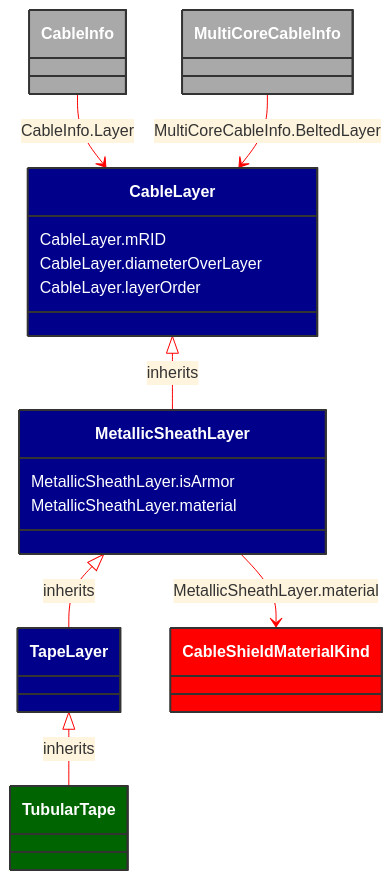
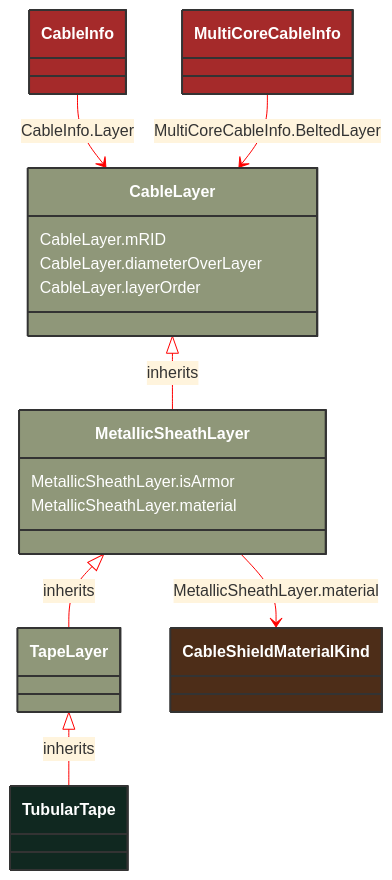
The diagram in docs/Models/Profiles/SubseaCableInfo/ConcreteClasses/TubularTape.md (3lbits/NoCIMExtensions), drawn with Mermaid before and after one commit. The commit also changed 190 other files, not shown here.

````diff
--- a/docs/Models/Profiles/SubseaCableInfo/ConcreteClasses/TubularTape.md
+++ b/docs/Models/Profiles/SubseaCableInfo/ConcreteClasses/TubularTape.md
@@ -8,48 +8,44 @@
 ```mermaid
 %%{init: {'theme':'base','themeVariables': {'lineColor': '#FF0000'}}}%%
 classDiagram
     class TubularTape
     click TubularTape href "/Models/Profiles/SubseaCableInfo/ConcreteClasses/TubularTape/"
-    style TubularTape fill:#006400,stroke:#333,stroke-width:2px,rx:10,ry:10,color:white
-
+    style TubularTape fill:#102820,stroke:#333,stroke-width:2px,rx:10,ry:10,color:white
+     
         TapeLayer <|-- TubularTape : inherits
             click TapeLayer href "/Models/Profiles/SubseaCableInfo/ConcreteClasses/TapeLayer/"
-            style TapeLayer fill:#00008B,stroke:#333,stroke-width:2px,rx:10,ry:10,color:white
-
-        TubularTape
-            click TubularTape href "/Models/Profiles/SubseaCableInfo/ConcreteClasses/TubularTape/"
-            style TapeLayer fill:#00008B,stroke:#333,stroke-width:2px,rx:10,ry:10,color:white
-
+            style TapeLayer fill:#8F9779,stroke:#333,stroke-width:2px,rx:10,ry:10,color:white
+     
         MetallicSheathLayer <|-- TapeLayer : inherits
             click MetallicSheathLayer href "/Models/Profiles/SubseaCableInfo/ConcreteClasses/MetallicSheathLayer/"
-            style MetallicSheathLayer fill:#00008B,stroke:#333,stroke-width:2px,rx:10,ry:10,color:white
-
+            style MetallicSheathLayer fill:#8F9779,stroke:#333,stroke-width:2px,rx:10,ry:10,color:white
+     
         CableLayer <|-- MetallicSheathLayer : inherits
             click CableLayer href "/Models/Profiles/SubseaCableInfo/AbstractClasses/CableLayer/"
-            style CableLayer fill:#00008B,stroke:#333,stroke-width:2px,rx:10,ry:10,color:white
+            style CableLayer fill:#8F9779,stroke:#333,stroke-width:2px,rx:10,ry:10,color:white
 
 
         CableInfo --> CableLayer : CableInfo.Layer
 
         CableInfo
             click CableInfo href "/Models/Profiles/SubseaCableInfo/ConcreteClasses/CableInfo/"
-            style CableInfo fill:#A9A9A9,stroke:#333,stroke-width:2px,rx:10,ry:10,color:white
+            style CableInfo fill:#A52A2A,stroke:#333,stroke-width:2px,rx:10,ry:10,color:white
 
         MultiCoreCableInfo --> CableLayer : MultiCoreCableInfo.BeltedLayer
 
         MultiCoreCableInfo
             click MultiCoreCableInfo href "/Models/Profiles/SubseaCableInfo/ConcreteClasses/MultiCoreCableInfo/"
-            style MultiCoreCableInfo fill:#A9A9A9,stroke:#333,stroke-width:2px,rx:10,ry:10,color:white
+            style MultiCoreCableInfo fill:#A52A2A,stroke:#333,stroke-width:2px,rx:10,ry:10,color:white
 
         MetallicSheathLayer --> CableShieldMaterialKind : MetallicSheathLayer.material
 
         CableShieldMaterialKind
             click CableShieldMaterialKind href "/Models/Profiles/SubseaCableInfo/Enumerations/CableShieldMaterialKind/"
-            style CableShieldMaterialKind fill:#FF0000,stroke:#333,stroke-width:2px,rx:10,ry:10,color:white
+            style CableShieldMaterialKind fill:#4D2D18,stroke:#333,stroke-width:2px,rx:10,ry:10,color:white
 
         MetallicSheathLayer : MetallicSheathLayer.isArmor
         MetallicSheathLayer : MetallicSheathLayer.material
         CableLayer : CableLayer.mRID
         CableLayer : CableLayer.diameterOverLayer
         CableLayer : CableLayer.layerOrder
 ```
````
